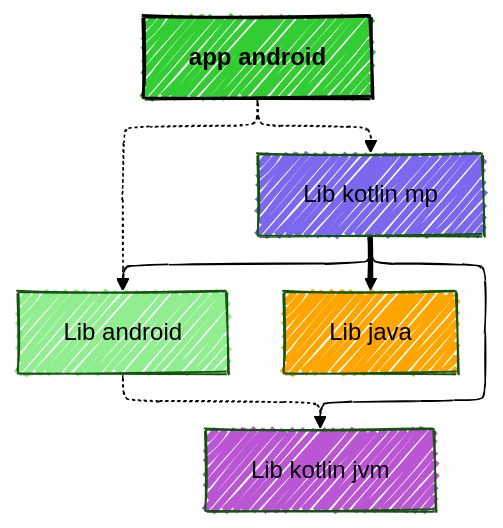
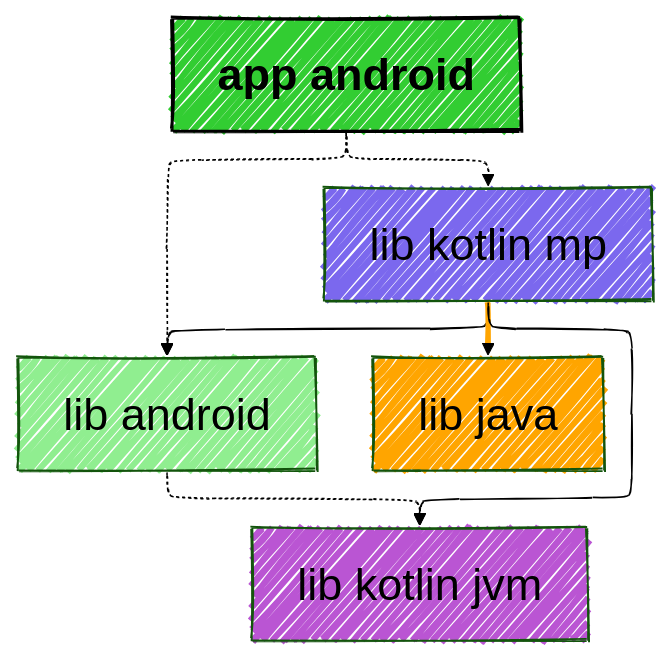
The diagram in samples/sample-mermaid/sample-app-android/README.md (jonapoul/atlas), drawn with Mermaid before and after one commit. The commit also changed 137 other files, not shown here.

````diff
--- a/samples/sample-mermaid/sample-app-android/README.md
+++ b/samples/sample-mermaid/sample-app-android/README.md
@@ -5,31 +5,41 @@
 ```mermaid
 ---
 config:
   layout: elk
   look: handDrawn
   theme: forest
   elk:
     mergeEdges: true
     forceNodeModelOrder: true
     nodePlacementStrategy: LINEAR_SEGMENTS
     cycleBreakingStrategy: INTERACTIVE
     considerModelOrder: PREFER_EDGES
+  themeVariables:
+    background: #FFF
+    fontFamily: arial
+    lineColor: #55FF55
+    primaryBorderColor: #FF5555
+    primaryColor: #ABC123
+    darkMode: true
+    fontSize: 30px
+    defaultLinkColor: #5555FF
 ---
 graph TD
   _sample_app_android["app android"]
-  _sample_lib_android["Lib android"]
-  _sample_lib_java["Lib java"]
-  _sample_lib_kotlin_jvm["Lib kotlin jvm"]
-  _sample_lib_kotlin_mp["Lib kotlin mp"]
+  _sample_lib_android["lib android"]
+  _sample_lib_java["lib java"]
+  _sample_lib_kotlin_jvm["lib kotlin jvm"]
+  _sample_lib_kotlin_mp["lib kotlin mp"]
   style _sample_app_android fill:limegreen,color:black,font-weight:bold,stroke:black,stroke-width:2px
   style _sample_lib_android fill:lightgreen,color:black
   style _sample_lib_java fill:orange,color:black
   style _sample_lib_kotlin_jvm fill:mediumorchid,color:black
   style _sample_lib_kotlin_mp fill:mediumslateblue,color:black
   _sample_app_android -.-> _sample_lib_android
   _sample_app_android -.-> _sample_lib_kotlin_mp
   _sample_lib_android -.-> _sample_lib_kotlin_jvm
   _sample_lib_kotlin_mp --> _sample_lib_android
   _sample_lib_kotlin_mp ==> _sample_lib_java
+  linkStyle 4 stroke:orange,fill:orange
   _sample_lib_kotlin_mp --> _sample_lib_kotlin_jvm
 ```
````
